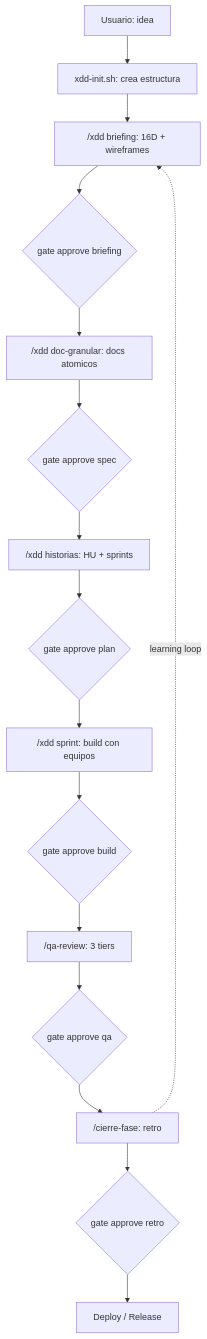
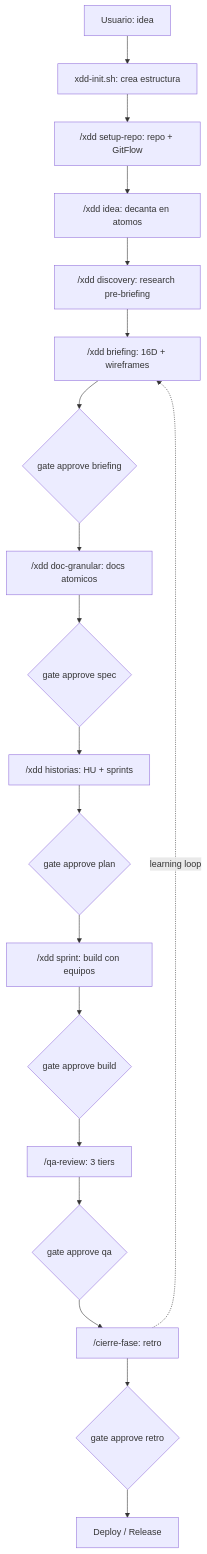
Before and after one commit to Cucholambr3ta/x-dd: diagram 12 of 12 in docs/FLUJO_COMPLETO.md, drawn with Mermaid. The commit also changed other lines of this file and 8 other files, not shown here.

First line of the commit message:
feat(pipeline): orden IDEA -> DISCOVERY -> BRIEFING + 2 research distintos

````diff
--- a/docs/FLUJO_COMPLETO.md
+++ b/docs/FLUJO_COMPLETO.md
@@ -410,19 +419,22 @@
 ```mermaid
 flowchart TD
     U[Usuario: idea] --> INIT["xdd-init.sh: crea estructura"]
-    INIT --> BR["/xdd briefing: 16D + wireframes"]
+    INIT --> RP["/xdd setup-repo: repo + GitFlow"]
+    RP --> ID["/xdd idea: decanta en atomos"]
+    ID --> DSC["/xdd discovery: research pre-briefing"]
+    DSC --> BR["/xdd briefing: 16D + wireframes"]
     BR --> GATE1{gate approve briefing}
     GATE1 --> DG["/xdd doc-granular: docs atomicos"]
     DG --> GATE2{gate approve spec}
     GATE2 --> HIS["/xdd historias: HU + sprints"]
     HIS --> GATE3{gate approve plan}
     GATE3 --> SP["/xdd sprint: build con equipos"]
     SP --> GATE4{gate approve build}
     GATE4 --> QA["/qa-review: 3 tiers"]
     QA --> GATE5{gate approve qa}
     GATE5 --> CIERRE["/cierre-fase: retro"]
     CIERRE --> GATE6{gate approve retro}
     GATE6 --> DEPLOY["Deploy / Release"]
 
     CIERRE -.learning loop.-> BR
 ```
````
